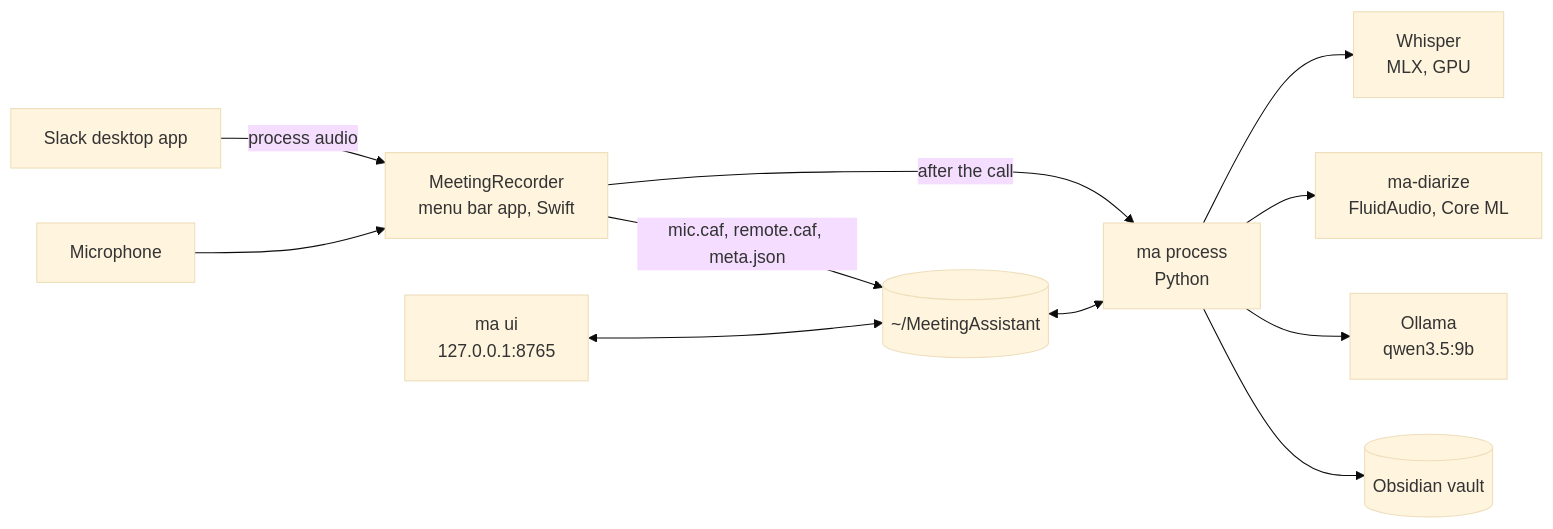
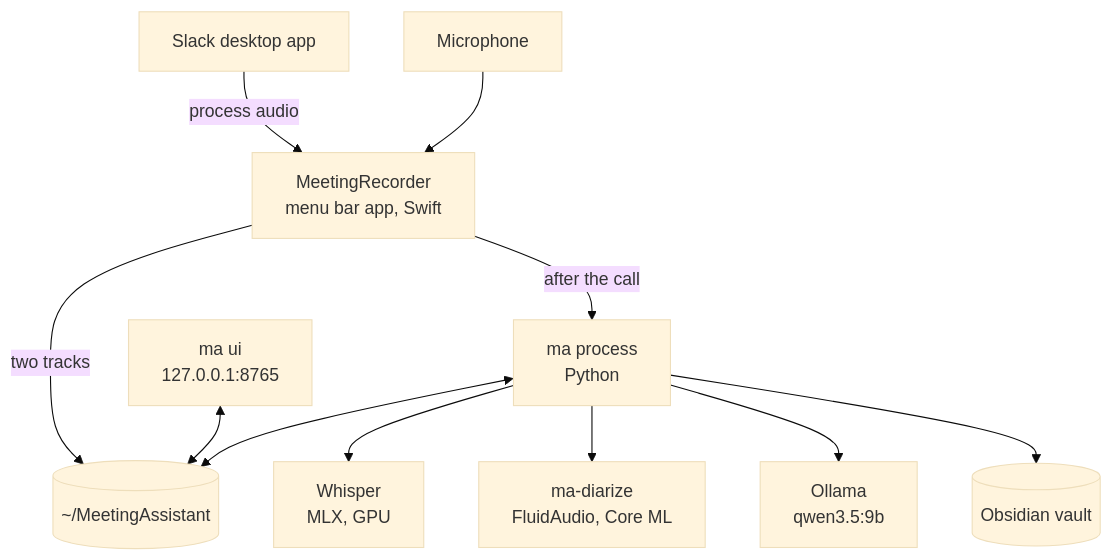
Before and after one commit to Sicness/slack-local-meeting-minutes: the diagram in README.md, drawn with Mermaid (base theme). The commit also changed 3 other files, not shown here.

````diff
--- a/README.md
+++ b/README.md
@@ -20,13 +20,13 @@
 ```mermaid
-flowchart LR
-    Slack["Slack desktop app"] -->|"process audio"| Recorder
-    Mic["Microphone"] --> Recorder["MeetingRecorder<br/>menu bar app, Swift"]
-    Recorder -->|"mic.caf, remote.caf, meta.json"| Data[("~/MeetingAssistant")]
-    Recorder -->|"after the call"| Pipeline["ma process<br/>Python"]
-    Data <--> Pipeline
+flowchart TD
+    Slack["Slack desktop app"] -->|process audio| Recorder["MeetingRecorder<br/>menu bar app, Swift"]
+    Mic["Microphone"] --> Recorder
+    Recorder -->|two tracks| Data[("~/MeetingAssistant")]
+    Recorder -->|after the call| Pipeline["ma process<br/>Python"]
+    Pipeline <--> Data
+    UI["ma ui<br/>127.0.0.1:8765"] <--> Data
     Pipeline --> Whisper["Whisper<br/>MLX, GPU"]
     Pipeline --> Diarizer["ma-diarize<br/>FluidAudio, Core ML"]
     Pipeline --> Ollama["Ollama<br/>qwen3.5:9b"]
     Pipeline --> Vault[("Obsidian vault")]
-    UI["ma ui<br/>127.0.0.1:8765"] <--> Data
 ```
````
